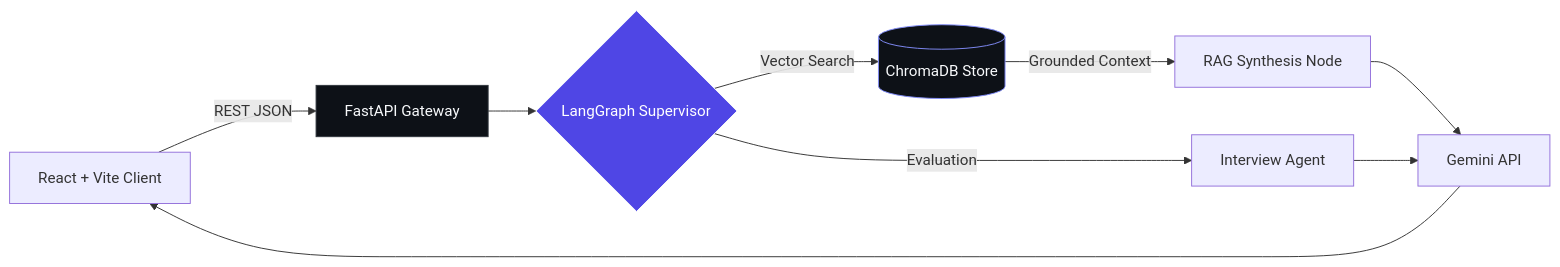
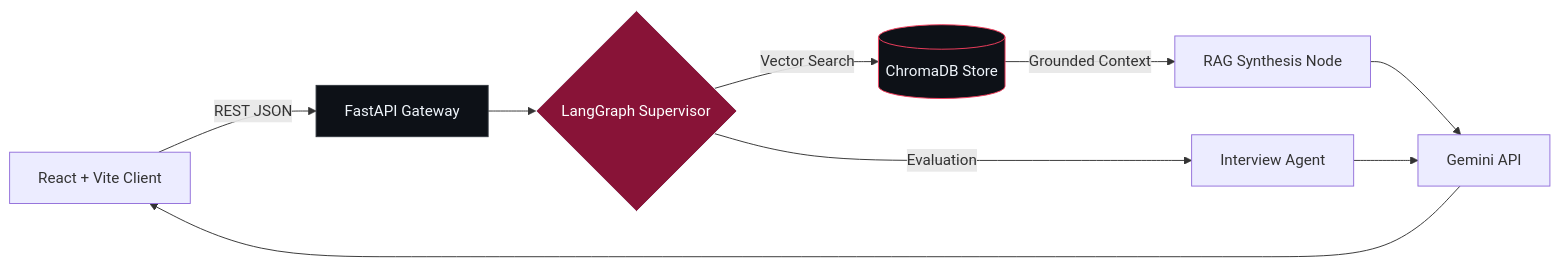
Before and after one commit to harsh24239/harsh24239: the diagram in README.md, drawn with Mermaid. The commit also changed other lines of this file, not shown here.

````diff
--- a/README.md
+++ b/README.md
@@ -91,14 +93,14 @@
 ```mermaid
 flowchart LR
     UI["React + Vite Client"] -->|REST JSON| API["FastAPI Gateway"]
     API --> SUP{"LangGraph Supervisor"}
     SUP -->|Vector Search| VDB[("ChromaDB Store")]
     VDB -->|Grounded Context| RAG["RAG Synthesis Node"]
     SUP -->|Evaluation| INT["Interview Agent"]
     RAG --> LLM["Gemini API"]
     INT --> LLM
     LLM --> UI
-    style SUP fill:#4F46E5,stroke:#F8FAFC,color:#FFFFFF
-    style API fill:#0D1117,stroke:#30363D,color:#F8FAFC
-    style VDB fill:#0D1117,stroke:#818CF8,color:#F8FAFC
+    style SUP fill:#881337,stroke:#F0F6FC,color:#FFFFFF
+    style API fill:#0D1117,stroke:#30363D,color:#F0F6FC
+    style VDB fill:#0D1117,stroke:#F43F5E,color:#F0F6FC
 ```
````
